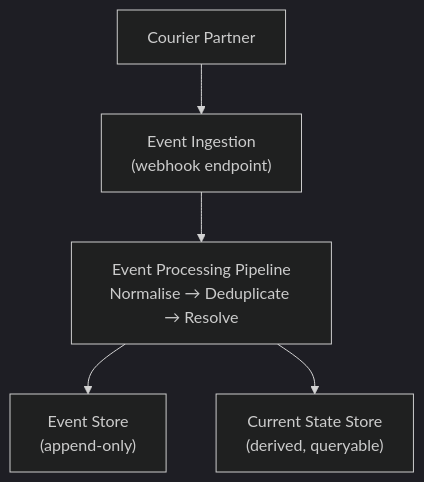
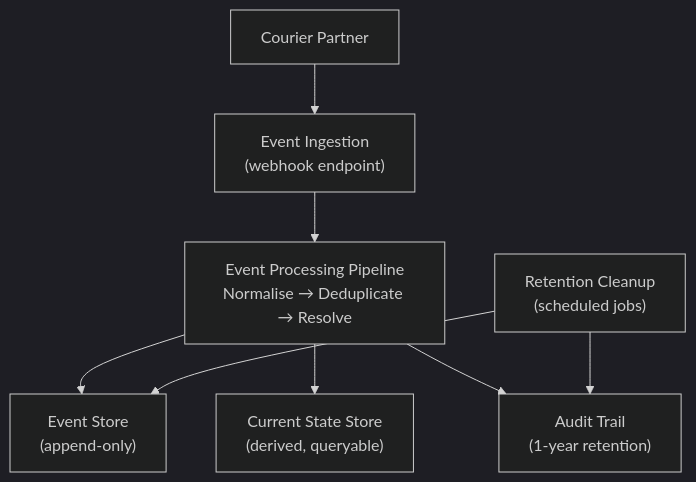
One commit to JanVDL1975/accso-tech-assessment changed the first of 3 diagrams in docs/TECHNICAL_STRATEGY_MEMO.md. Above: the diagram before and after it, drawn with Mermaid (dark theme). The commit also changed other lines of this file and 4 other files, not shown here.

````diff
--- a/docs/TECHNICAL_STRATEGY_MEMO.md
+++ b/docs/TECHNICAL_STRATEGY_MEMO.md
@@ -61,13 +74,18 @@
 ```mermaid
 graph TD
     P["Courier Partner"]
     IE["Event Ingestion<br/>(webhook endpoint)"]
     EP["Event Processing Pipeline<br/>Normalise → Deduplicate → Resolve"]
     ES["Event Store<br/>(append-only)"]
     CS["Current State Store<br/>(derived, queryable)"]
+    AT["Audit Trail<br/>(1-year retention)"]
+    RC["Retention Cleanup<br/>(scheduled jobs)"]
 
     P --> IE
     IE --> EP
     EP --> ES
     EP --> CS
+    EP --> AT
+    RC --> ES
+    RC --> AT
 ```
````
